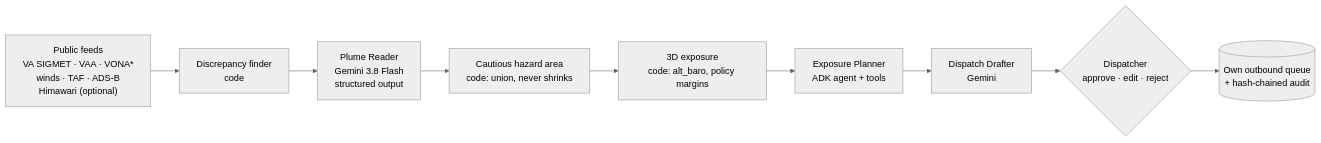
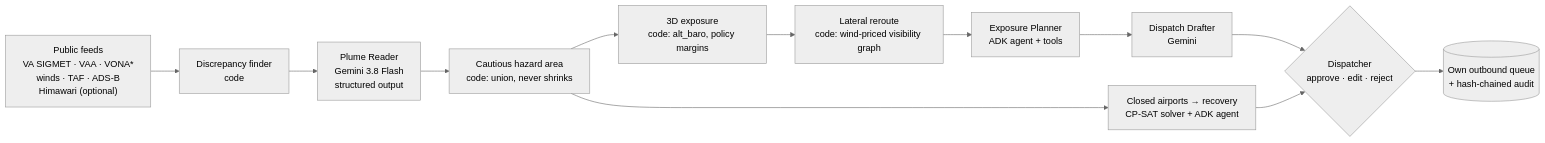
The diagram in README.md (officialasishkumar/tephra-public), drawn with Mermaid (neutral theme) before and after one commit. The commit also changed other lines of this file and 112 other files, not shown here.

Commit message:
Add reroute, Ask TEPHRA, notices, satellite eyes, recovery, messages, SRA/VAR, handover, backtest

````diff
--- a/README.md
+++ b/README.md
@@ -24,11 +24,14 @@
 ```mermaid
 flowchart LR
   F["Public feeds<br/>VA SIGMET · VAA · VONA*<br/>winds · TAF · ADS-B<br/>Himawari (optional)"] --> D["Discrepancy finder<br/>code"]
   D --> P["Plume Reader<br/>Gemini 3.8 Flash<br/>structured output"]
   P --> C["Cautious hazard area<br/>code: union, never shrinks"]
   C --> E["3D exposure<br/>code: alt_baro, policy margins"]
-  E --> PL["Exposure Planner<br/>ADK agent + tools"]
+  E --> R["Lateral reroute<br/>code: wind-priced visibility graph"]
+  R --> PL["Exposure Planner<br/>ADK agent + tools"]
   PL --> DR["Dispatch Drafter<br/>Gemini"]
   DR --> H{"Dispatcher<br/>approve · edit · reject"}
   H --> Q[("Own outbound queue<br/>+ hash-chained audit")]
+  C --> RC["Closed airports → recovery<br/>CP-SAT solver + ADK agent"]
+  RC --> H
 ```
````
